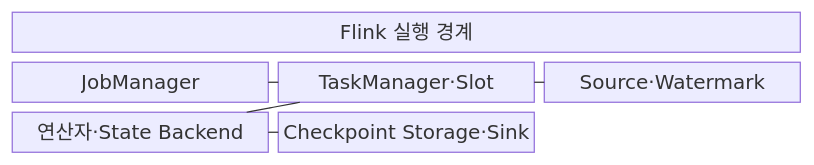
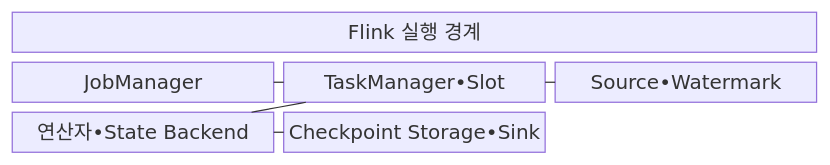
One commit to agnusdei1207/knowledge-base changed the first of 2 diagrams in src/content/docs/notes/03-software/120_apache_flink.md. Above: the diagram before and after it, drawn with Mermaid. The commit also changed other lines of this file and 953 other files, not shown here.

````diff
--- a/src/content/docs/notes/03-software/120_apache_flink.md
+++ b/src/content/docs/notes/03-software/120_apache_flink.md
@@ -69,14 +69,14 @@
 ```mermaid
 block
   columns 3
   A["Flink 실행 경계"]:3
   J["JobManager"]
-  T["TaskManager·Slot"]
-  S["Source·Watermark"]
-  O["연산자·State Backend"]
-  C["Checkpoint Storage·Sink"]
+  T["TaskManager•Slot"]
+  S["Source•Watermark"]
+  O["연산자•State Backend"]
+  C["Checkpoint Storage•Sink"]
   J --- T
   T --- S
   T --- O
   O --- C
 ```
````
